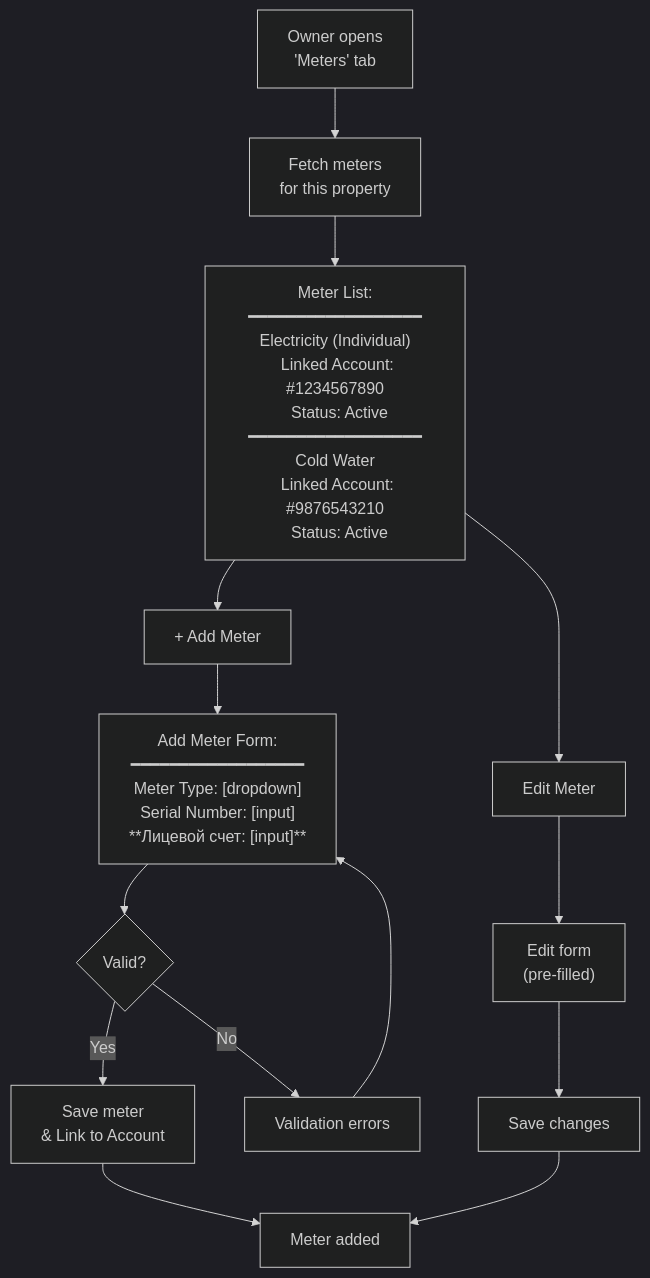
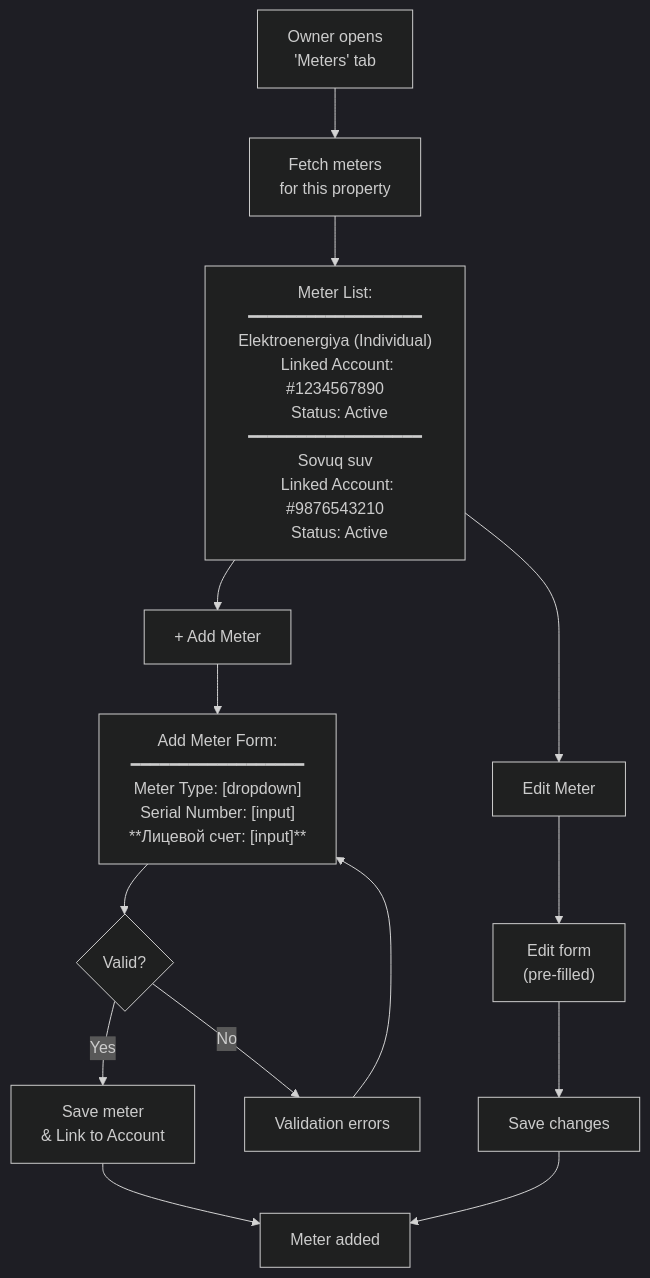
One commit to saodatm-dev/Utilities---Informational-Architecture changed the fourth of 11 diagrams in Utilities - Business Owner.md. Above: the diagram before and after it, drawn with Mermaid (dark theme). The commit also changed other lines of this file and 1 other file, not shown here.

Commit message:
refactor: Localize utility names to Uzbek, consolidate feature tiers, remove payment service integration, and refine payment flow details.

````diff
--- a/Utilities - Business Owner.md
+++ b/Utilities - Business Owner.md
@@ -119,22 +119,22 @@
 ```mermaid
 flowchart TD
     METERS["Owner opens<br/>'Meters' tab"] --> LIST["Fetch meters<br/>for this property"]
 
-    LIST --> VIEW["Meter List:<br/>━━━━━━━━━━━━━━━━━━<br/>Electricity (Individual)<br/>  Linked Account: #1234567890<br/>  Status: Active<br/>━━━━━━━━━━━━━━━━━━<br/>Cold Water<br/>  Linked Account: #9876543210<br/>  Status: Active"]
+    LIST --> VIEW["Meter List:<br/>━━━━━━━━━━━━━━━━━━<br/>Elektroenergiya (Individual)<br/>  Linked Account: #1234567890<br/>  Status: Active<br/>━━━━━━━━━━━━━━━━━━<br/>Sovuq suv<br/>  Linked Account: #9876543210<br/>  Status: Active"]
 
     VIEW --> ADD_BTN["+ Add Meter"]
     VIEW --> EDIT_BTN["Edit Meter"]
 
     ADD_BTN --> ADD_FORM["Add Meter Form:<br/>━━━━━━━━━━━━━━━━━━<br/>Meter Type: [dropdown]<br/>Serial Number: [input]<br/>**Лицевой счет: [input]**"]
 
     ADD_FORM --> VALIDATE_FORM{"Valid?"}
     VALIDATE_FORM -->|"Yes"| SAVE["Save meter<br/>& Link to Account"]
     VALIDATE_FORM -->|"No"| ERROR["Validation errors"]
     ERROR --> ADD_FORM
 
     SAVE --> SUCCESS["Meter added"]
 
     EDIT_BTN --> EDIT_FORM["Edit form<br/>(pre-filled)"]
     EDIT_FORM --> SAVE_EDIT["Save changes"]
     SAVE_EDIT --> SUCCESS
 ```
````
